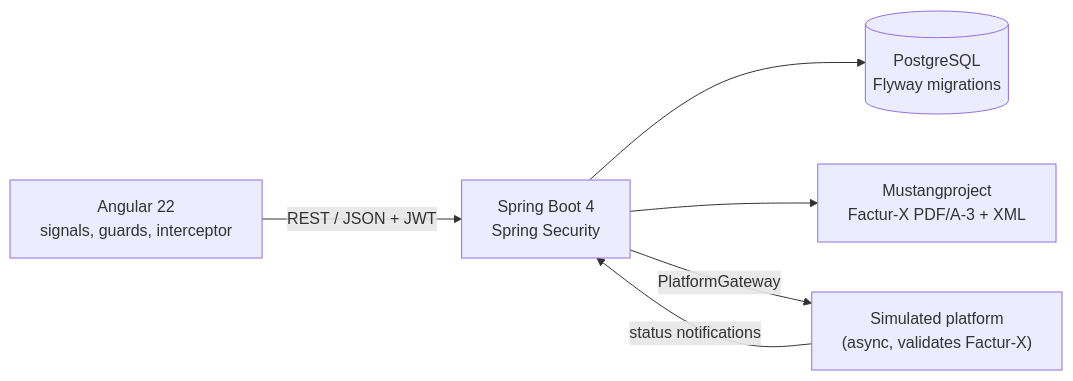
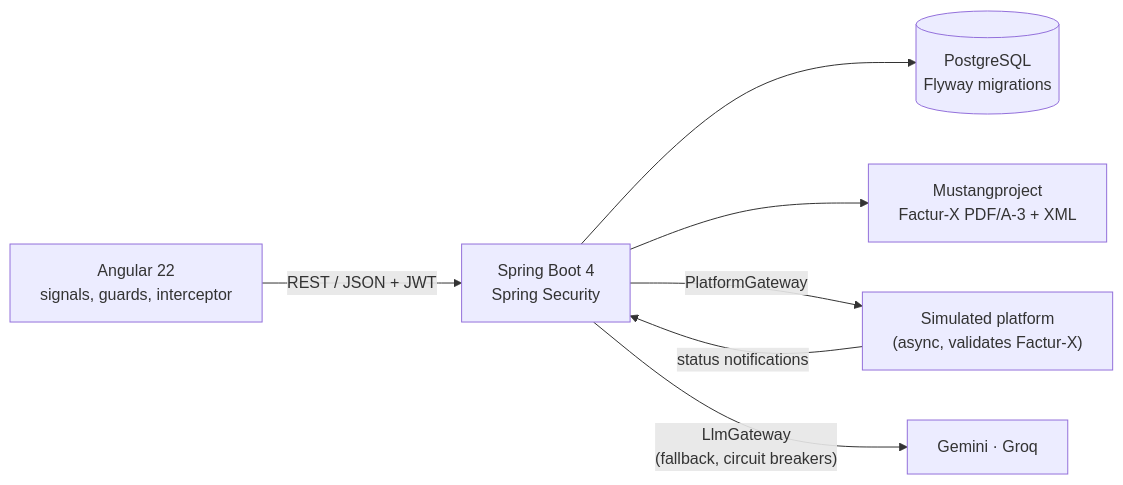
The diagram in README.md (MamitianaRak/efacture), drawn with Mermaid before and after one commit. The commit also changed other lines of this file and 21 other files, not shown here.

````diff
--- a/README.md
+++ b/README.md
@@ -28,8 +30,9 @@
 ```mermaid
 flowchart LR
     UI["Angular 22<br/>signals, guards, interceptor"] -- "REST / JSON + JWT" --> API["Spring Boot 4<br/>Spring Security"]
     API --> DB[("PostgreSQL<br/>Flyway migrations")]
     API --> FX["Mustangproject<br/>Factur-X PDF/A-3 + XML"]
     API -- "PlatformGateway" --> PA["Simulated platform<br/>(async, validates Factur-X)"]
     PA -- "status notifications" --> API
+    API -- "LlmGateway<br/>(fallback, circuit breakers)" --> LLM["Gemini · Groq"]
 ```
````
